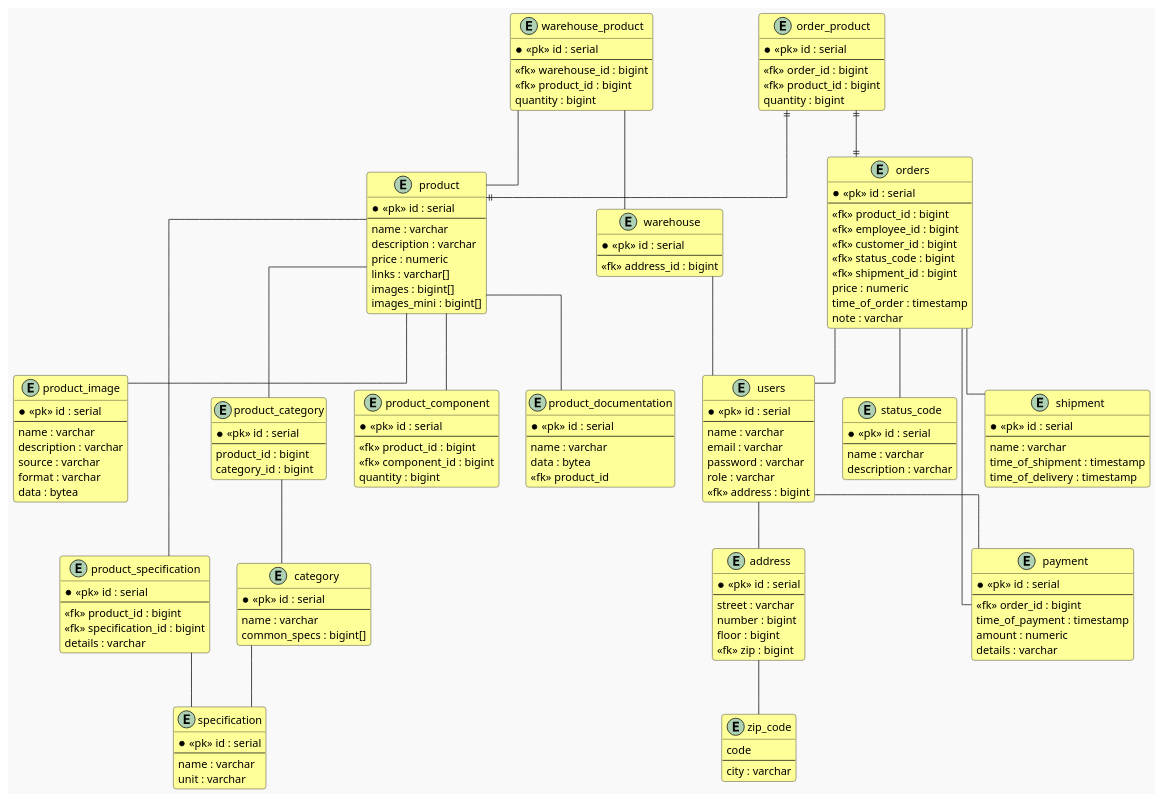
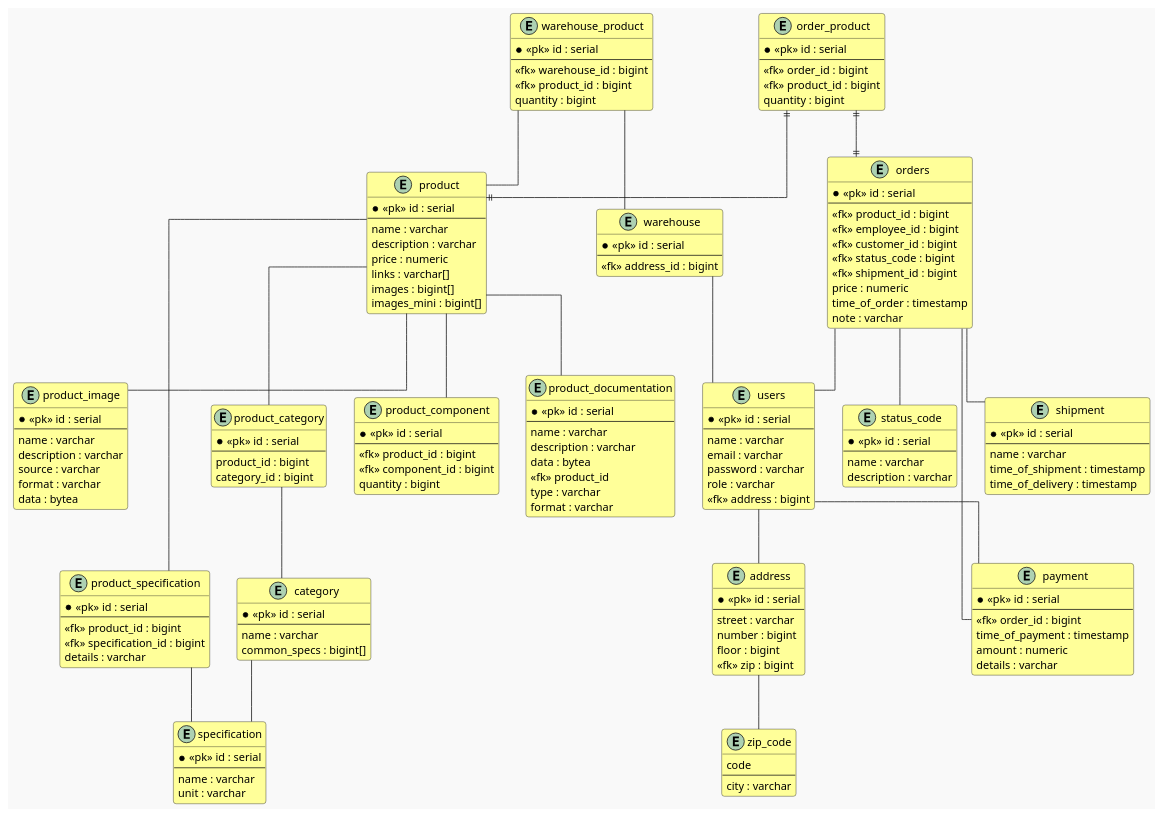
One commit to Oskar123456/carport changed the diagram in report/UML/ERD-2.puml. Above: the diagram before and after it, drawn with PlantUML. The commit also changed 3 other files, not shown here.

```diff
--- a/report/UML/ERD-2.puml
+++ b/report/UML/ERD-2.puml
@@ -1,169 +1,172 @@
 @startuml
 !theme mars
 skinparam class {
 BackgroundColor #FFFF99
 }
 skinparam linetype ortho
 
 entity orders {
 * <<pk>> id : serial
 --
 <<fk>> product_id : bigint
 <<fk>> employee_id : bigint
 <<fk>> customer_id : bigint
 <<fk>> status_code : bigint
 <<fk>> shipment_id : bigint
 price : numeric
 time_of_order : timestamp
 note : varchar
 }
 entity status_code {
 * <<pk>> id : serial
 --
 name : varchar
 description : varchar
 }
 entity order_product {
 * <<pk>> id : serial
 --
 <<fk>> order_id : bigint
 <<fk>> product_id : bigint
 quantity : bigint
 }
 entity product {
 * <<pk>> id : serial
 --
 name : varchar
 description : varchar
 price : numeric
 links : varchar[]
 images : bigint[]
 images_mini : bigint[]
 }
 entity product_component {
 * <<pk>> id : serial
 --
 <<fk>> product_id : bigint
 <<fk>> component_id : bigint
 quantity : bigint
 }
 entity product_documentation {
 * <<pk>> id : serial
 --
 name : varchar
+description : varchar
 data : bytea
 <<fk>> product_id
+type : varchar
+format : varchar
 }
 entity product_specification{
 * <<pk>> id : serial
 --
 <<fk>> product_id : bigint
 <<fk>> specification_id : bigint
 details : varchar
 }
 entity category {
 * <<pk>> id : serial
 --
 name : varchar
 common_specs : bigint[]
 }
 entity product_category {
 * <<pk>> id : serial
 --
 product_id : bigint
 category_id : bigint
 }
 entity specification {
 * <<pk>> id : serial
 --
 name : varchar
 unit : varchar
 }
 entity product_image {
 * <<pk>> id : serial
 --
 name : varchar
 description : varchar
 source : varchar
 format : varchar
 data : bytea
 }
 entity warehouse {
 * <<pk>> id : serial
 --
 <<fk>> address_id : bigint
 }
 entity warehouse_product {
 * <<pk>> id : serial
 --
 <<fk>> warehouse_id : bigint
 <<fk>> product_id : bigint
 quantity : bigint
 }
 entity users {
 * <<pk>> id : serial
 --
 name : varchar
 email : varchar
 password : varchar
 role : varchar
 <<fk>> address : bigint
 }
 entity address {
 * <<pk>> id : serial
 --
 street : varchar
 number : bigint
 floor : bigint
 <<fk>> zip : bigint
 }
 entity zip_code {
 code
 --
 city : varchar
 }
 entity shipment {
 * <<pk>> id : serial
 --
 name : varchar
 time_of_shipment : timestamp
 time_of_delivery : timestamp
 }
 entity payment {
 * <<pk>> id : serial
 --
 <<fk>> order_id : bigint
 time_of_payment : timestamp
 amount : numeric
 details : varchar
 }
 
 order_product ||--|| orders
 order_product ||--|| product
 
 orders -- shipment
 orders -- payment
 orders -- users
 orders -- status_code
 
 product -- product_category
 product -- product_documentation
 product -- product_specification
 product -- product_component
 product -- product_image
 
 product_specification -- specification
 
 category -- specification
 product_category -- category
 
 warehouse_product -- product
 warehouse_product -- warehouse
 warehouse -- users
 
 users -- address
 users -- payment
 
 address -- zip_code
 
 @enduml
```
